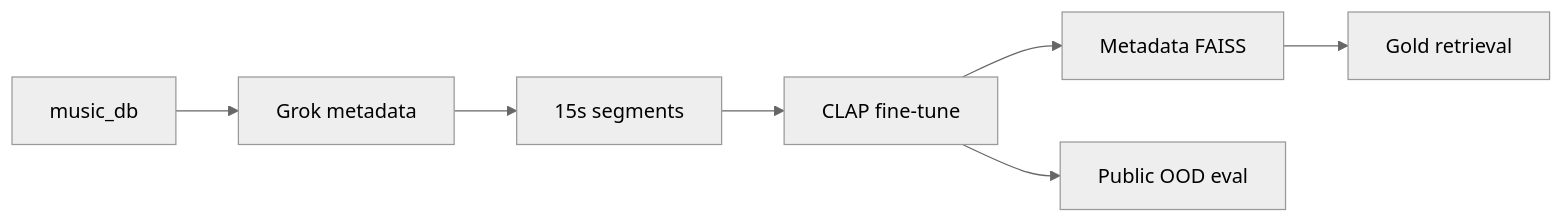
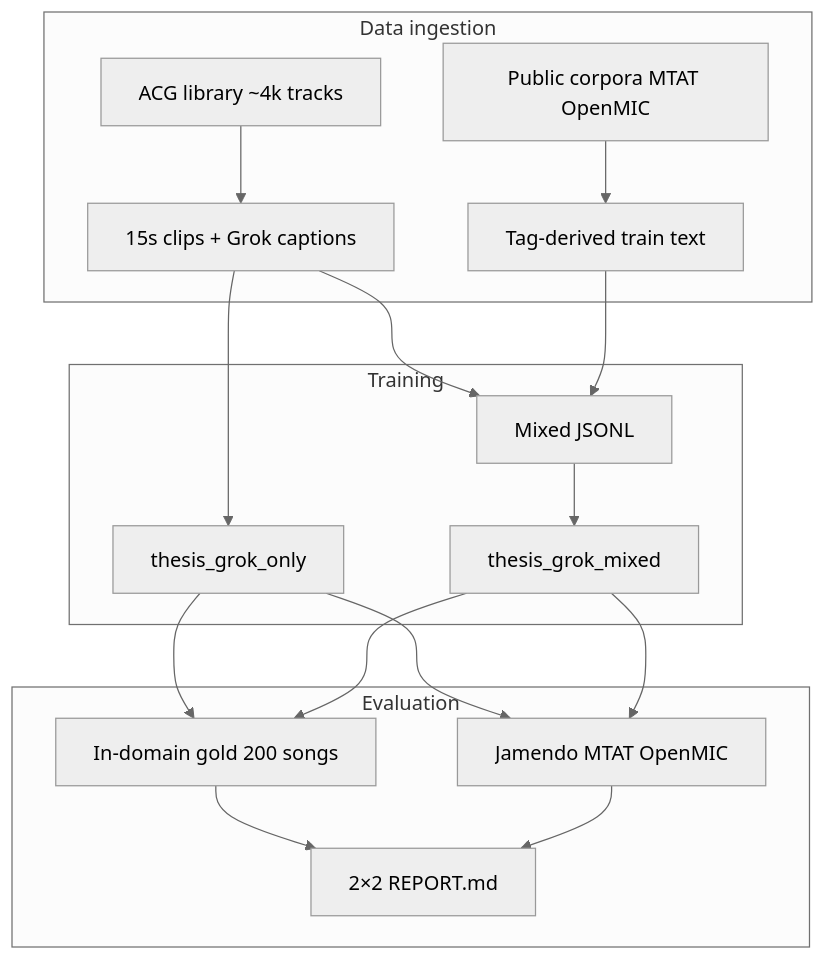
One commit to asapacsin/music-recommendation changed the diagram in README.md. Above: the diagram before and after it, drawn with Mermaid (neutral theme). The commit also changed other lines of this file and 89 other files, not shown here.

````diff
--- a/README.md
+++ b/README.md
@@ -79,9 +51,23 @@
 ```mermaid
-flowchart LR
-  audio[music_db] --> meta[Grok metadata]
-  meta --> clips[15s segments]
-  clips --> ft[CLAP fine-tune]
-  ft --> faiss[Metadata FAISS]
-  faiss --> gold[Gold retrieval]
-  ft --> ood[Public OOD eval]
+flowchart TB
+  subgraph ingest [Data ingestion]
+    ACG[ACG library ~4k tracks]
+    PUB[Public corpora MTAT OpenMIC]
+    ACG --> CLIPS[15s clips + Grok captions]
+    PUB --> TAGS[Tag-derived train text]
+  end
+  subgraph train [Training]
+    CLIPS --> ARM1[thesis_grok_only]
+    CLIPS --> MIXED[Mixed JSONL]
+    TAGS --> MIXED
+    MIXED --> ARM2[thesis_grok_mixed]
+  end
+  subgraph eval [Evaluation]
+    ARM1 --> GOLD[In-domain gold 200 songs]
+    ARM2 --> GOLD
+    ARM1 --> OOD[Jamendo MTAT OpenMIC]
+    ARM2 --> OOD
+    GOLD --> REPORT[2×2 REPORT.md]
+    OOD --> REPORT
+  end
 ```
````
